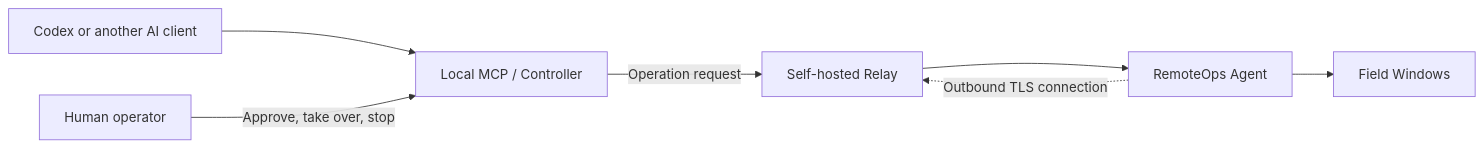
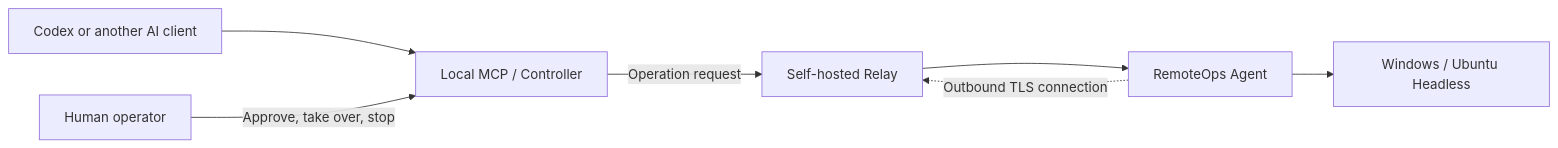
The diagram in README.en.md (schneelolz/RemoteOps), drawn with Mermaid before and after one commit. The commit also changed other lines of this file and 31 other files, not shown here.

Commit message:
feat(agent): add Ubuntu Linux headless agent

````diff
--- a/README.en.md
+++ b/README.en.md
@@ -26,9 +26,9 @@
 ```mermaid
 flowchart LR
     AI[Codex or another AI client] --> MCP[Local MCP / Controller]
     MCP -->|Operation request| Relay[Self-hosted Relay]
     Relay --> Agent[RemoteOps Agent]
-    Agent --> Field[Field Windows]
+    Agent --> Field[Windows / Ubuntu Headless]
     Agent -.->|Outbound TLS connection| Relay
     Human[Human operator] -->|Approve, take over, stop| MCP
 ```
````
